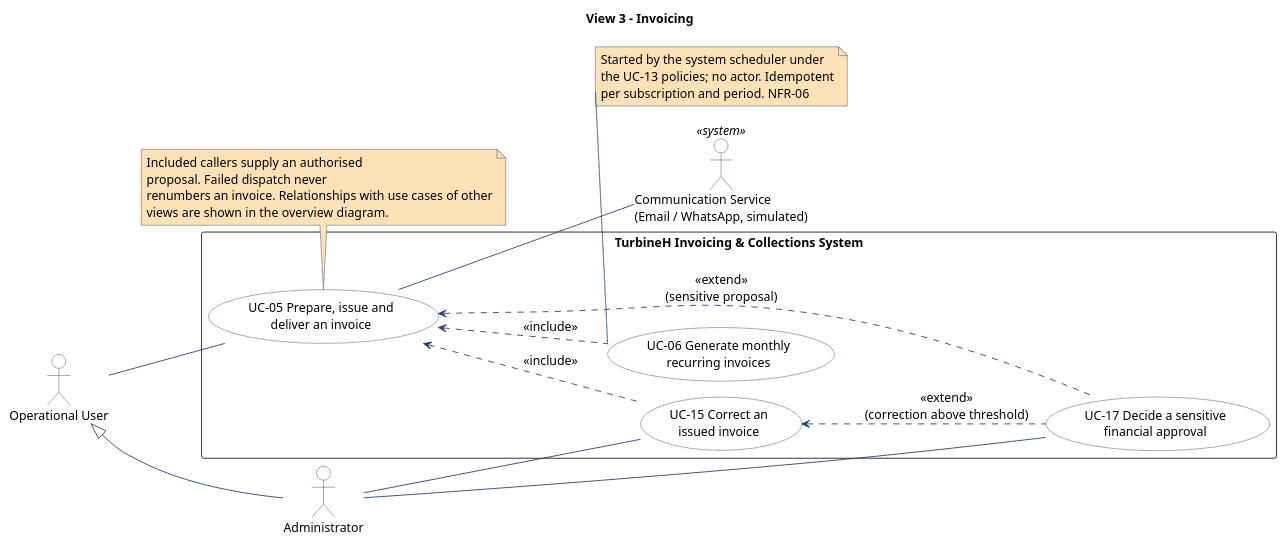
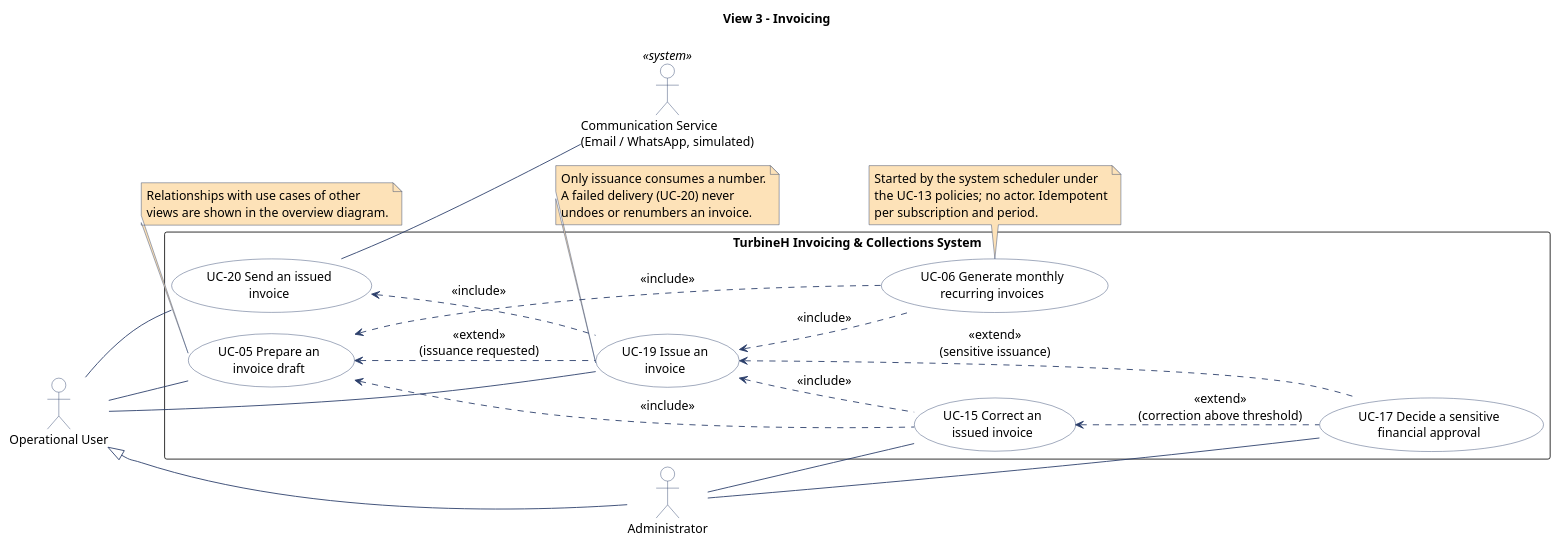
Before and after one commit to atrevete-adap/adap-project: the fourth of 5 diagrams in doc/src/use-case-diagram.pu, drawn with PlantUML. The commit also changed other lines of this file and 5 other files, not shown here.

First line of the commit message:
docs: sync the use case diagram with the 22 contracts of #59

```diff
--- a/doc/src/use-case-diagram.pu
+++ b/doc/src/use-case-diagram.pu
@@ -230,62 +247,74 @@
 @startuml use-case-diagram-3-invoicing
 !pragma layout smetana
 left to right direction
 skinparam shadowing false
 skinparam packageStyle rectangle
 skinparam defaultFontName SansSerif
 skinparam defaultFontSize 14
 skinparam backgroundColor #FFFFFF
 skinparam usecase {
   BackgroundColor #FFFFFF
   BorderColor #2B3E6A
   FontColor #000000
 }
 skinparam actor {
   BackgroundColor #FFFFFF
   BorderColor #2B3E6A
   FontColor #000000
 }
 skinparam note {
   BackgroundColor #FDE2B8
   BorderColor #2B3E6A
 }
 skinparam arrow {
   Color #2B3E6A
 }
 title View 3 - Invoicing
 
 actor "Operational User" as OpUser
 actor "Administrator" as Admin
 actor "Communication Service\n(Email / WhatsApp, simulated)" as CommSrv <<system>>
 
 rectangle "TurbineH Invoicing & Collections System" {
-  usecase "UC-05 Prepare, issue and\ndeliver an invoice" as UC05
+  usecase "UC-05 Prepare an\ninvoice draft" as UC05
   usecase "UC-06 Generate monthly\nrecurring invoices" as UC06
   usecase "UC-15 Correct an\nissued invoice" as UC15
   usecase "UC-17 Decide a sensitive\nfinancial approval" as UC17
+  usecase "UC-19 Issue an\ninvoice" as UC19
+  usecase "UC-20 Send an issued\ninvoice" as UC20
 }
 
 OpUser <|-- Admin
 OpUser -- UC05
+OpUser -- UC19
+OpUser -- UC20
 Admin -- UC15
 Admin -- UC17
-UC05 -- CommSrv
+UC20 -- CommSrv
 UC05 <.. UC06 : <<include>>
+UC19 <.. UC06 : <<include>>
 UC05 <.. UC15 : <<include>>
-UC05 <.. UC17 : <<extend>>\n(sensitive proposal)
+UC19 <.. UC15 : <<include>>
+UC20 <.. UC19 : <<include>>
+UC05 <.. UC19 : <<extend>>\n(issuance requested)
+UC19 <.. UC17 : <<extend>>\n(sensitive issuance)
 UC15 <.. UC17 : <<extend>>\n(correction above threshold)
 
 note bottom of UC06
   Started by the system scheduler under
   the UC-13 policies; no actor. Idempotent
-  per subscription and period. NFR-06
+  per subscription and period.
+end note
+
+note bottom of UC19
+  Only issuance consumes a number.
+  A failed delivery (UC-20) never
+  undoes or renumbers an invoice.
 end note
 
 note bottom of UC05
-  Included callers supply an authorised
-  proposal. Failed dispatch never
-  renumbers an invoice. Relationships with use cases of other
+  Relationships with use cases of other
   views are shown in the overview diagram.
 end note
 
 @enduml
```
